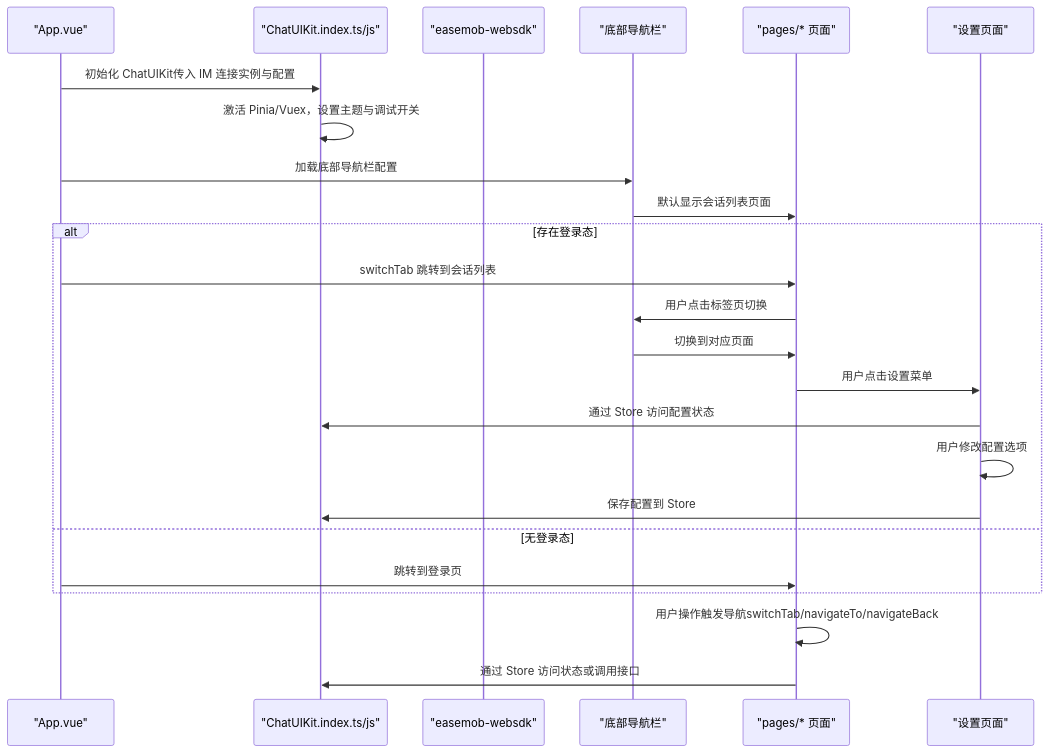
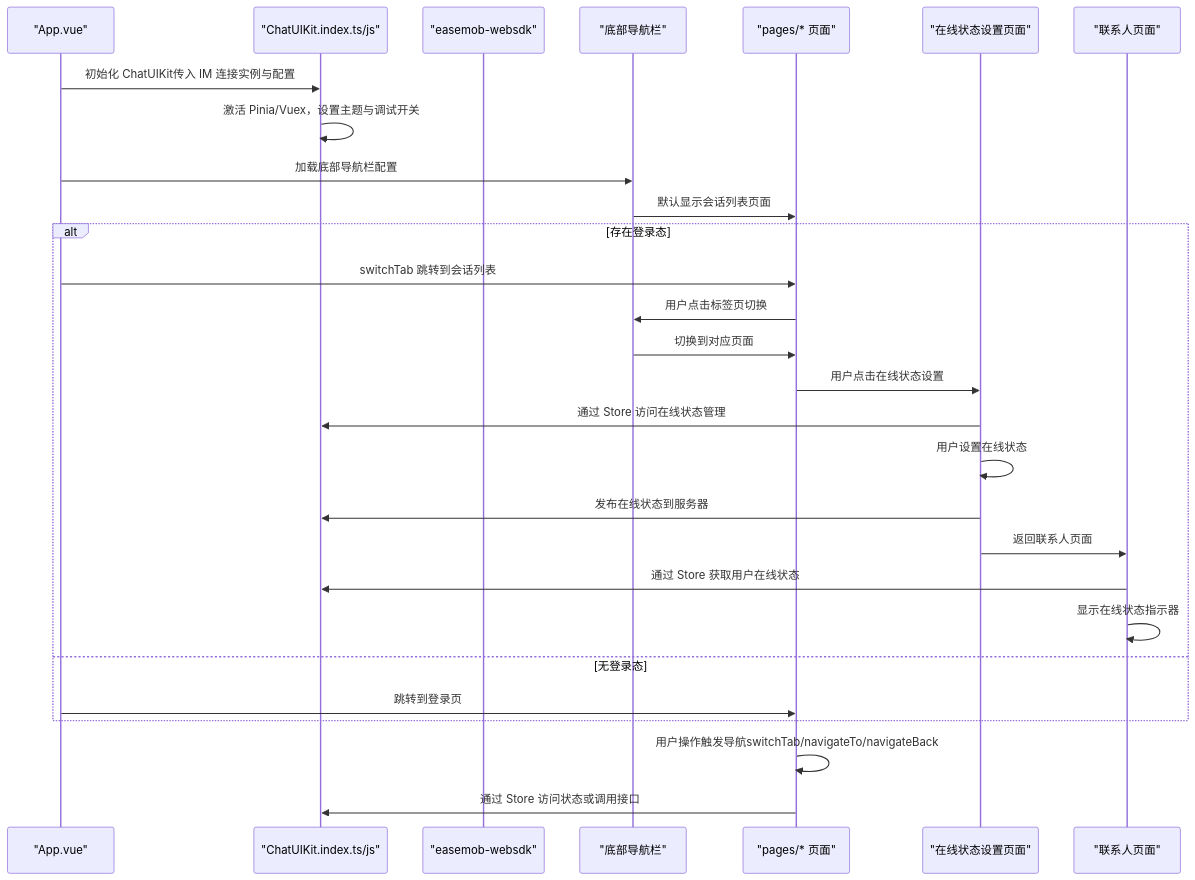
Before and after one commit to Easemob-Community/easemob-uikit-uniapp-community: the second of 13 diagrams in .qoder/repowiki/zh/content/示例应用/示例应用.md, drawn with Mermaid. The commit also changed other lines of this file and 5 other files, not shown here.

````diff
--- a/.qoder/repowiki/zh/content/示例应用/示例应用.md
+++ b/.qoder/repowiki/zh/content/示例应用/示例应用.md
@@ -183,26 +212,30 @@
 ```mermaid
 sequenceDiagram
 participant App as "App.vue"
 participant Kit as "ChatUIKit.index.ts/js"
 participant SDK as "easemob-websdk"
 participant TabBar as "底部导航栏"
 participant Page as "pages/* 页面"
-participant Settings as "设置页面"
+participant Presence as "在线状态设置页面"
+participant Contact as "联系人页面"
 App->>Kit : 初始化 ChatUIKit传入 IM 连接实例与配置
 Kit->>Kit : 激活 Pinia/Vuex，设置主题与调试开关
 App->>TabBar : 加载底部导航栏配置
 TabBar->>Page : 默认显示会话列表页面
 alt 存在登录态
 App->>Page : switchTab 跳转到会话列表
 Page->>TabBar : 用户点击标签页切换
 TabBar->>Page : 切换到对应页面
-Page->>Settings : 用户点击设置菜单
-Settings->>Kit : 通过 Store 访问配置状态
-Settings->>Settings : 用户修改配置选项
-Settings->>Kit : 保存配置到 Store
+Page->>Presence : 用户点击在线状态设置
+Presence->>Kit : 通过 Store 访问在线状态管理
+Presence->>Presence : 用户设置在线状态
+Presence->>Kit : 发布在线状态到服务器
+Presence->>Contact : 返回联系人页面
+Contact->>Kit : 通过 Store 获取用户在线状态
+Contact->>Contact : 显示在线状态指示器
 else 无登录态
 App->>Page : 跳转到登录页
 end
 Page->>Page : 用户操作触发导航switchTab/navigateTo/navigateBack
 Page->>Kit : 通过 Store 访问状态或调用接口
 ```
````
